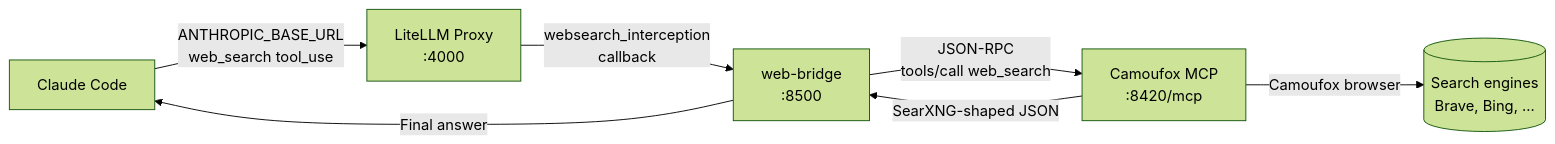
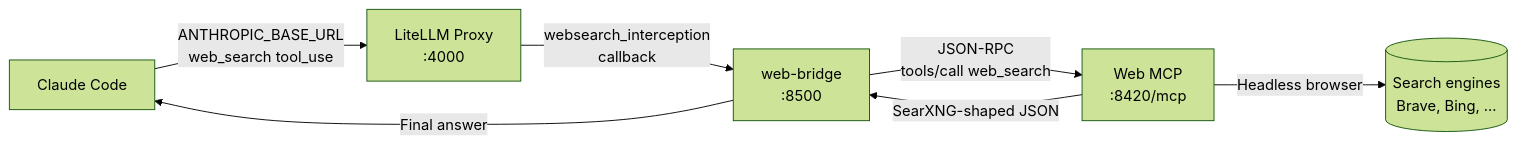
Before and after one commit to nilayparikh/codefreedom: the diagram in docs/reference/proxy/websearch-interception.md, drawn with Mermaid (forest theme). The commit also changed other lines of this file and 55 other files, not shown here.

````diff
--- a/docs/reference/proxy/websearch-interception.md
+++ b/docs/reference/proxy/websearch-interception.md
@@ -17,9 +17,9 @@
 ```mermaid
 flowchart LR
     A[Claude Code] -->|"ANTHROPIC_BASE_URL<br/>web_search tool_use"| B[LiteLLM Proxy<br/>:4000]
     B -->|"websearch_interception<br/>callback"| C[web-bridge<br/>:8500]
-    C -->|"JSON-RPC<br/>tools/call web_search"| D[Camoufox MCP<br/>:8420/mcp]
-    D -->|"Camoufox browser"| E[(Search engines<br/>Brave, Bing, ...)]
+    C -->|"JSON-RPC<br/>tools/call web_search"| D[Web MCP<br/>:8420/mcp]
+    D -->|"Headless browser"| E[(Search engines<br/>Brave, Bing, ...)]
     D -->|"SearXNG-shaped JSON"| C
     C -->|"Final answer"| A
 ```
````
